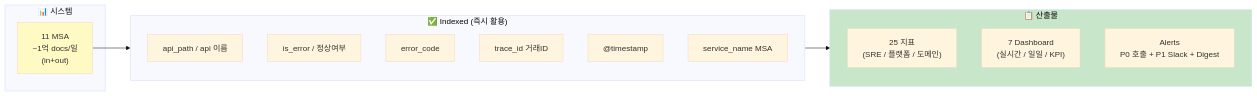
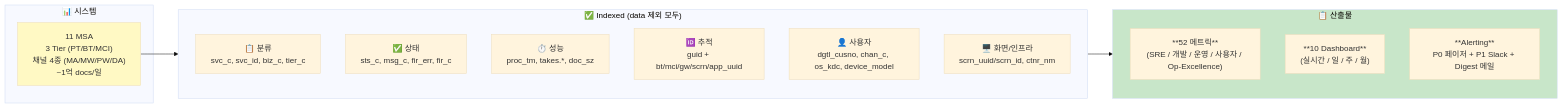
One commit to corollazer0/elk-learning changed the first of 10 diagrams in docs/09-monitoring-strategy.md. Above: the diagram before and after it, drawn with Mermaid (base theme). The commit also changed other lines of this file, not shown here.

First line of the commit message:
docs(09): 실 필드 기반 전면 재작성 — 52 메트릭 / 10 dashboard / 18 alert

````diff
--- a/docs/09-monitoring-strategy.md
+++ b/docs/09-monitoring-strategy.md
@@ -14,24 +14,25 @@
 ```mermaid
 flowchart LR
     subgraph Sys["📊 시스템"]
-      M["11 MSA<br/>~1억 docs/일<br/>(in+out)"]
+      M["11 MSA<br/>3 Tier (PT/BT/MCI)<br/>채널 4종 (MA/MW/PW/DA)<br/>~1억 docs/일"]
     end
-    subgraph Inputs["✅ Indexed (즉시 활용)"]
-      I1[api_path / api 이름]
-      I2[is_error / 정상여부]
-      I3[error_code]
-      I4[trace_id 거래ID]
-      I5["@timestamp"]
-      I6[service_name MSA]
+    subgraph Inputs["✅ Indexed (data 제외 모두)"]
+      direction TB
+      I1["📋 분류<br/>svc_c, svc_id, biz_c, tier_c"]
+      I2["✅ 상태<br/>sts_c, msg_c, fir_err, fir_c"]
+      I3["⏱️ 성능<br/>proc_tm, takes.*, doc_sz"]
+      I4["🆔 추적<br/>guid + bt/mci/gw/scrn/app_uuid"]
+      I5["👤 사용자<br/>dgtl_cusno, chan_c, os_kdc, device_model"]
+      I6["🖥️ 화면/인프라<br/>scrn_uuid/scrn_id, ctnr_nm"]
     end
     subgraph Out["📋 산출물"]
-      O1["25 지표<br/>(SRE / 플랫폼 / 도메인)"]
-      O2["7 Dashboard<br/>(실시간 / 일일 / KPI)"]
-      O3["Alerts<br/>P0 호출 + P1 Slack + Digest"]
+      O1["**52 메트릭**<br/>(SRE / 개발 / 운영 / 사용자 / Op-Excellence)"]
+      O2["**10 Dashboard**<br/>(실시간 / 일 / 주 / 월)"]
+      O3["**Alerting**<br/>P0 페이저 + P1 Slack + Digest 메일"]
     end
 
     M --> Inputs
     Inputs --> Out
     style M fill:#fff9c4
     style Out fill:#c8e6c9
 ```
````
